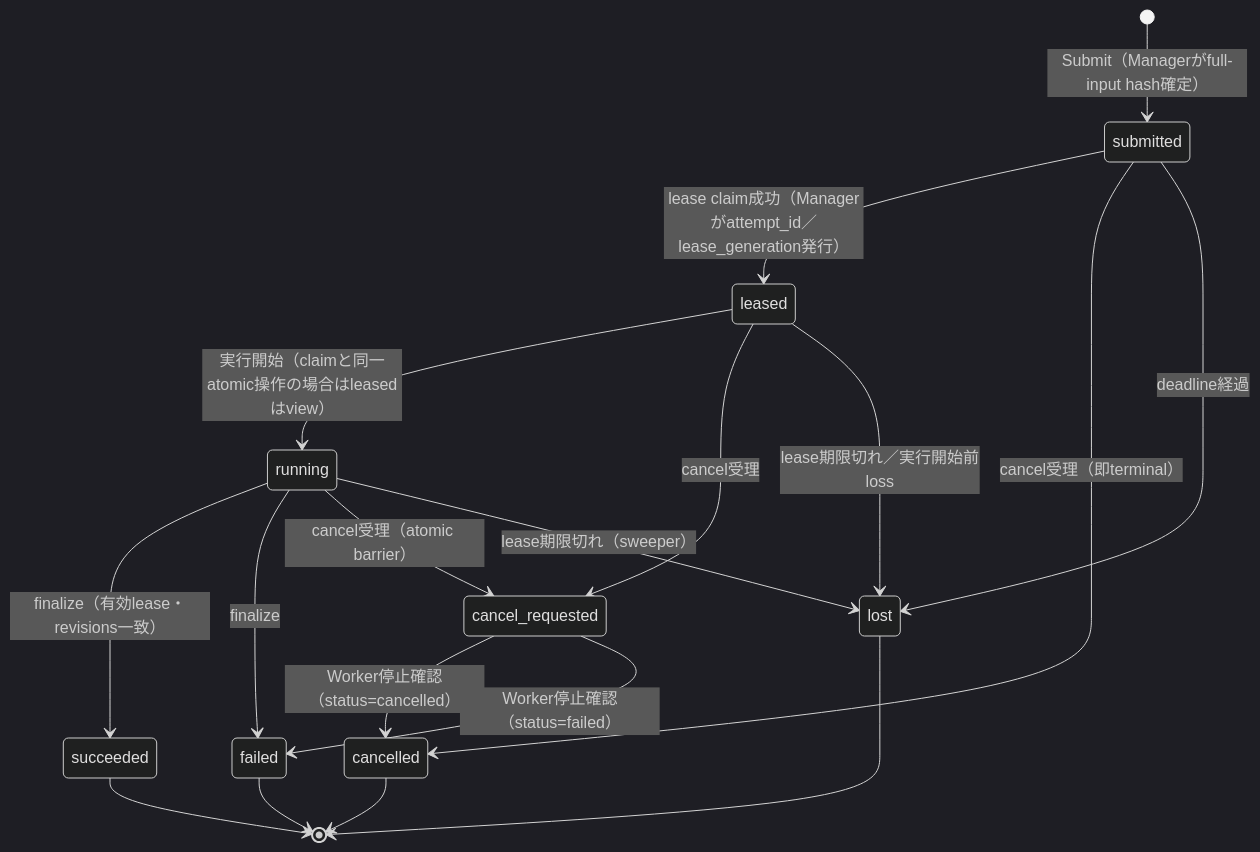
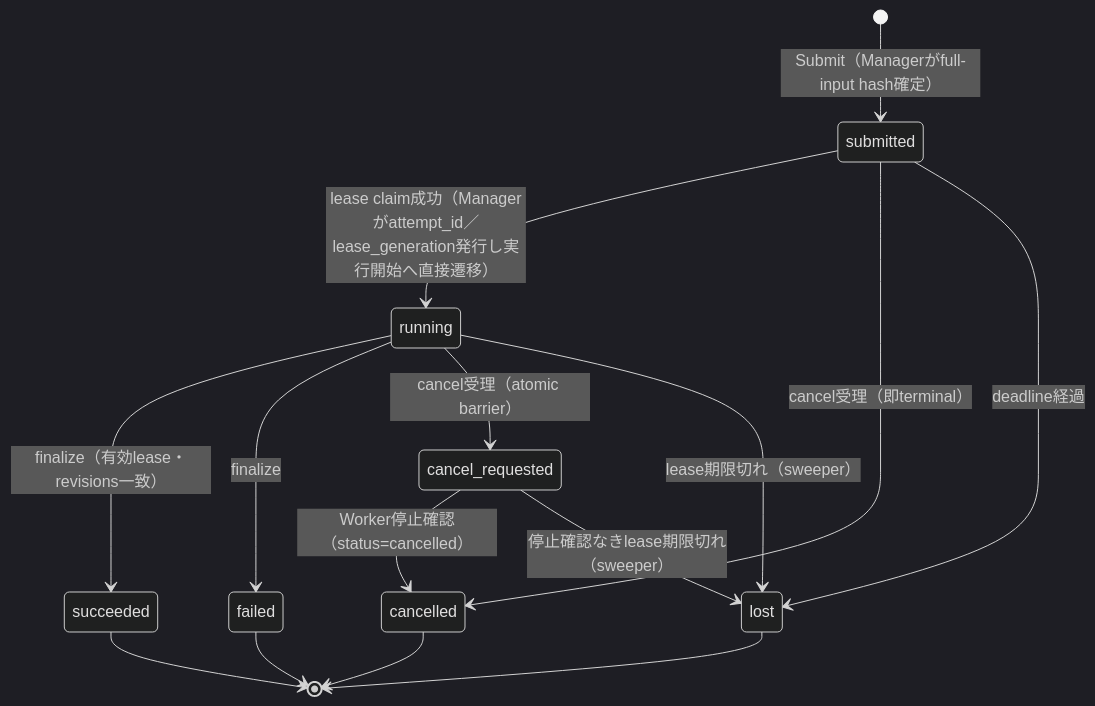
One commit to kirimine170/ephy-worker changed the diagram in docs/research-job-v1-contract.md. Above: the diagram before and after it, drawn with Mermaid (dark theme). The commit also changed other lines of this file, not shown here.

````diff
--- a/docs/research-job-v1-contract.md
+++ b/docs/research-job-v1-contract.md
@@ -116,20 +118,17 @@
 ```mermaid
 stateDiagram-v2
     [*] --> submitted: Submit（Managerがfull-input hash確定）
-    submitted --> leased: lease claim成功（Managerがattempt_id／lease_generation発行）
+    submitted --> running: lease claim成功（Managerがattempt_id／lease_generation発行し実行開始へ直接遷移）
     submitted --> cancelled: cancel受理（即terminal）
     submitted --> lost: deadline経過
-    leased --> running: 実行開始（claimと同一atomic操作の場合はleasedはview）
-    leased --> cancel_requested: cancel受理
-    leased --> lost: lease期限切れ／実行開始前loss
     running --> succeeded: finalize（有効lease・revisions一致）
     running --> failed: finalize
     running --> cancel_requested: cancel受理（atomic barrier）
     running --> lost: lease期限切れ（sweeper）
     cancel_requested --> cancelled: Worker停止確認（status=cancelled）
-    cancel_requested --> failed: Worker停止確認（status=failed）
+    cancel_requested --> lost: 停止確認なきlease期限切れ（sweeper）
     succeeded --> [*]
     failed --> [*]
     cancelled --> [*]
     lost --> [*]
 ```
````
